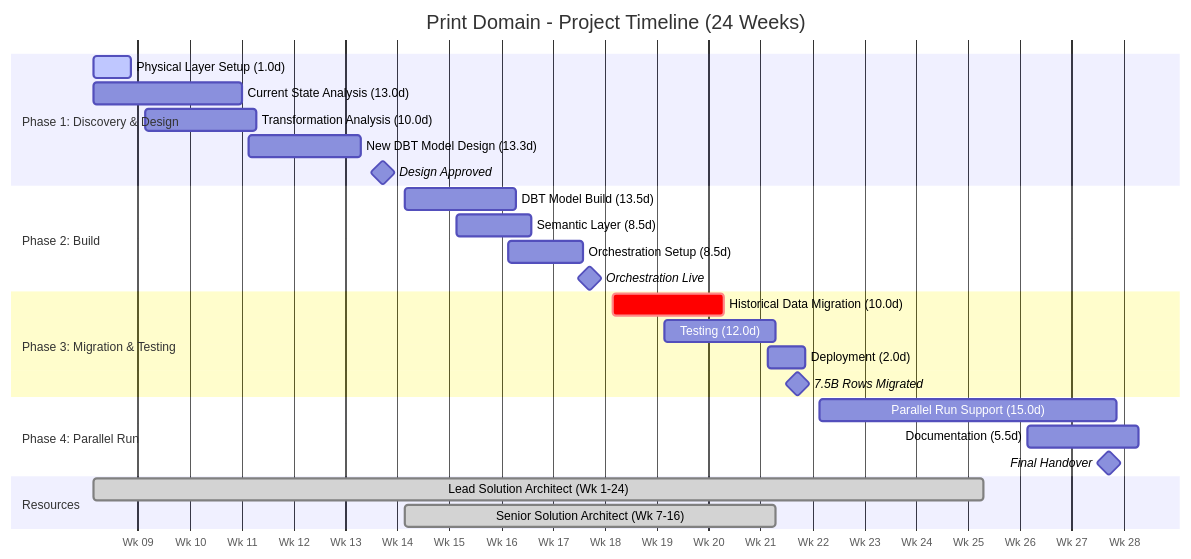
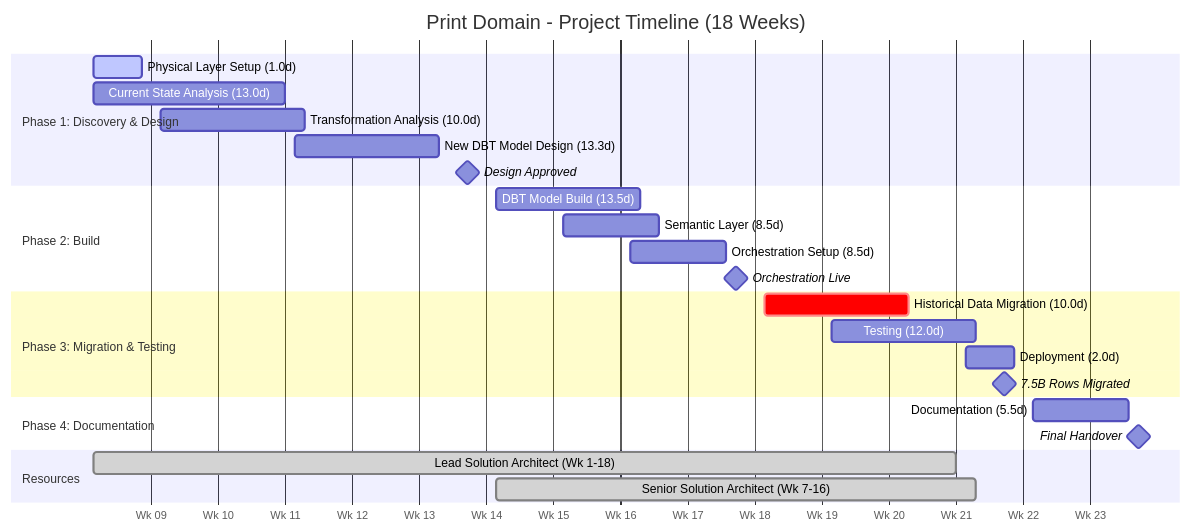
One commit to sfc-gh-mhindi/REPO_CANVA changed the first of 2 diagrams in 4-DataPipelinePrioritisation/Print Domain/Print_Domain_Scope_of_Work_INTERNAL.md. Above: the diagram before and after it, drawn with Mermaid. The commit also changed other lines of this file and 1 other file, not shown here.

First line of the commit message:
Add IT Domain SOW and update Print Domain SOW with MH effort reductions

````diff
--- a/4-DataPipelinePrioritisation/Print Domain/Print_Domain_Scope_of_Work_INTERNAL.md
+++ b/4-DataPipelinePrioritisation/Print Domain/Print_Domain_Scope_of_Work_INTERNAL.md
@@ -566,35 +538,34 @@
 ```mermaid
 gantt
-    title Print Domain - Project Timeline (24 Weeks)
+    title Print Domain - Project Timeline (18 Weeks)
     dateFormat  YYYY-MM-DD
     axisFormat  Wk %W
     tickInterval 1week
     
     section Phase 1: Discovery & Design
     Physical Layer Setup (1.0d)           :active, p1a, 2026-03-02, 5d
     Current State Analysis (13.0d)        :p1b, 2026-03-02, 20d
     Transformation Analysis (10.0d)       :p1c, 2026-03-09, 15d
     New DBT Model Design (13.3d)          :p1d, 2026-03-23, 15d
     Design Approved                       :milestone, m1, 2026-04-10, 0d
     
     section Phase 2: Build
     DBT Model Build (13.5d)               :p2a, 2026-04-13, 15d
     Semantic Layer (8.5d)                 :p2b, 2026-04-20, 10d
     Orchestration Setup (8.5d)            :p2c, 2026-04-27, 10d
     Orchestration Live                    :milestone, m2, 2026-05-08, 0d
     
     section Phase 3: Migration & Testing
     Historical Data Migration (10.0d)     :crit, p3a, 2026-05-11, 15d
     Testing (12.0d)                       :p3b, 2026-05-18, 15d
     Deployment (2.0d)                     :p3c, 2026-06-01, 5d
     7.5B Rows Migrated                    :milestone, m3, 2026-06-05, 0d
     
-    section Phase 4: Parallel Run
-    Parallel Run Support (15.0d)          :p4a, 2026-06-08, 40d
-    Documentation (5.5d)                  :p4b, 2026-07-06, 15d
-    Final Handover                        :milestone, m4, 2026-07-17, 0d
+    section Phase 4: Documentation
+    Documentation (5.5d)                  :p4a, 2026-06-08, 10d
+    Final Handover                        :milestone, m4, 2026-06-19, 0d
     
     section Resources
-    Lead Solution Architect (Wk 1-24)     :done, res1, 2026-03-02, 120d
+    Lead Solution Architect (Wk 1-18)     :done, res1, 2026-03-02, 90d
     Senior Solution Architect (Wk 7-16)   :done, res2, 2026-04-13, 50d
 ```
````
